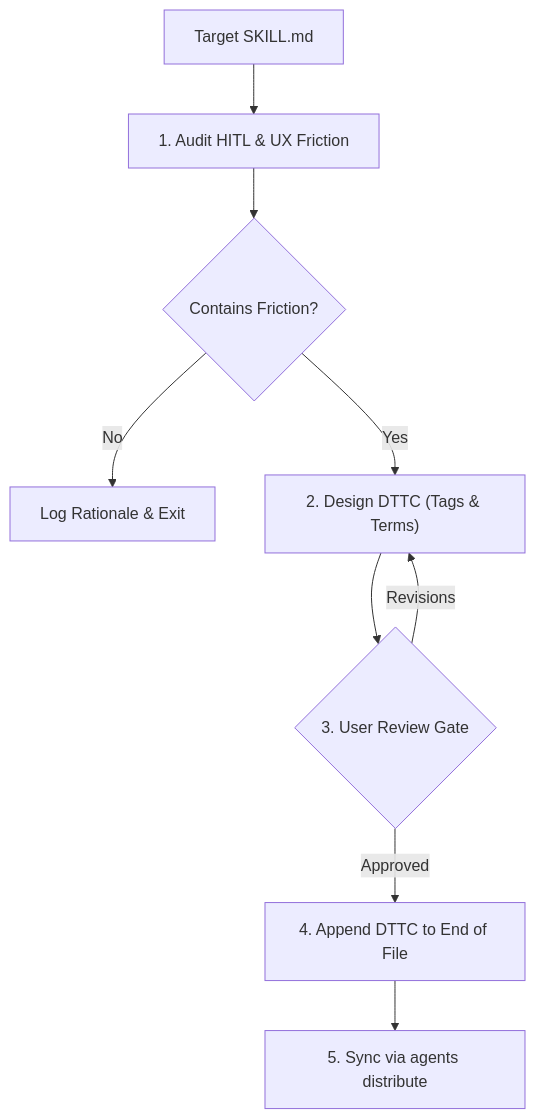
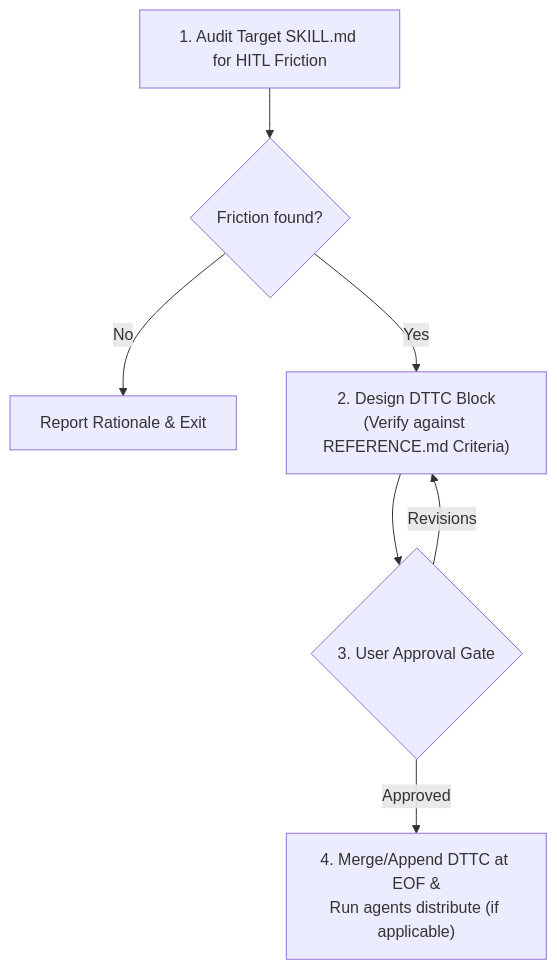
The diagram in productivity/write-skill-dttc/SKILL.md (loerei/myskills), drawn with Mermaid before and after one commit. The commit also changed other lines of this file and 1 other file, not shown here.

Commit message:
docs(write-skill-dttc): generalize tag criteria and remove duplicate workflow

````diff
--- a/productivity/write-skill-dttc/SKILL.md
+++ b/productivity/write-skill-dttc/SKILL.md
@@ -12,11 +31,9 @@
 ```mermaid
 flowchart TD
-    Start["Target SKILL.md"] --> Step1["1. Audit HITL & UX Friction"]
-    Step1 --> CheckFriction{"Contains Friction?"}
-    CheckFriction -->|"No"| Exit["Log Rationale & Exit"]
-    CheckFriction -->|"Yes"| Step2["2. Design DTTC (Tags & Terms)"]
-    Step2 --> UserGate{"3. User Review Gate"}
-    UserGate -->|"Revisions"| Step2
-    UserGate -->|"Approved"| Step4["4. Append DTTC to End of File"]
-    Step4 --> Distribute["5. Sync via agents distribute"]
+    Start["1. Audit Target SKILL.md for HITL Friction"] --> Check{"Friction found?"}
+    Check -->|"No"| Exit["Report Rationale & Exit"]
+    Check -->|"Yes"| Design["2. Design DTTC Block<br/>(Verify against REFERENCE.md Criteria)"]
+    Design --> Gate{"3. User Approval Gate"}
+    Gate -->|"Revisions"| Design
+    Gate -->|"Approved"| Apply["4. Merge/Append DTTC at EOF &<br/>Run agents distribute (if applicable)"]
 ```
````
